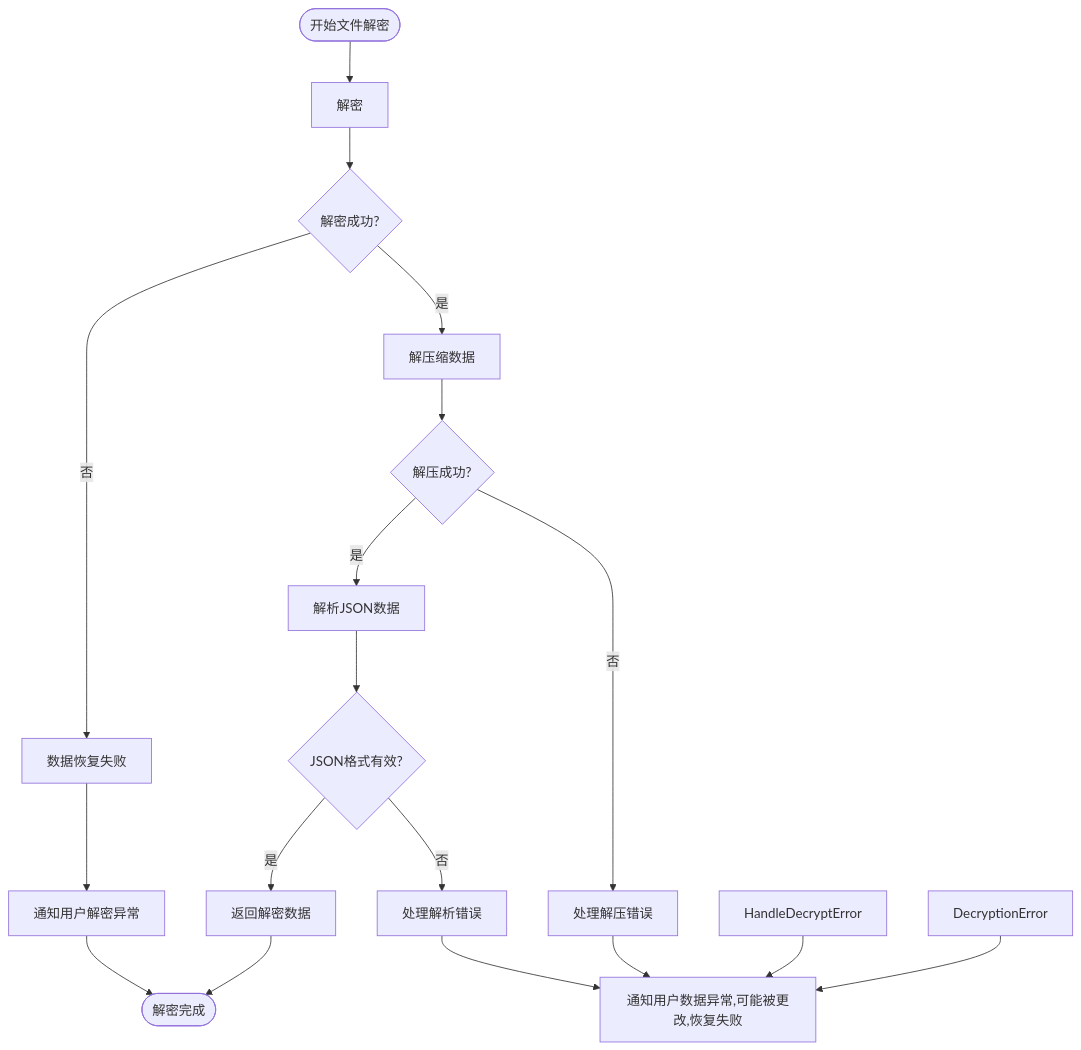
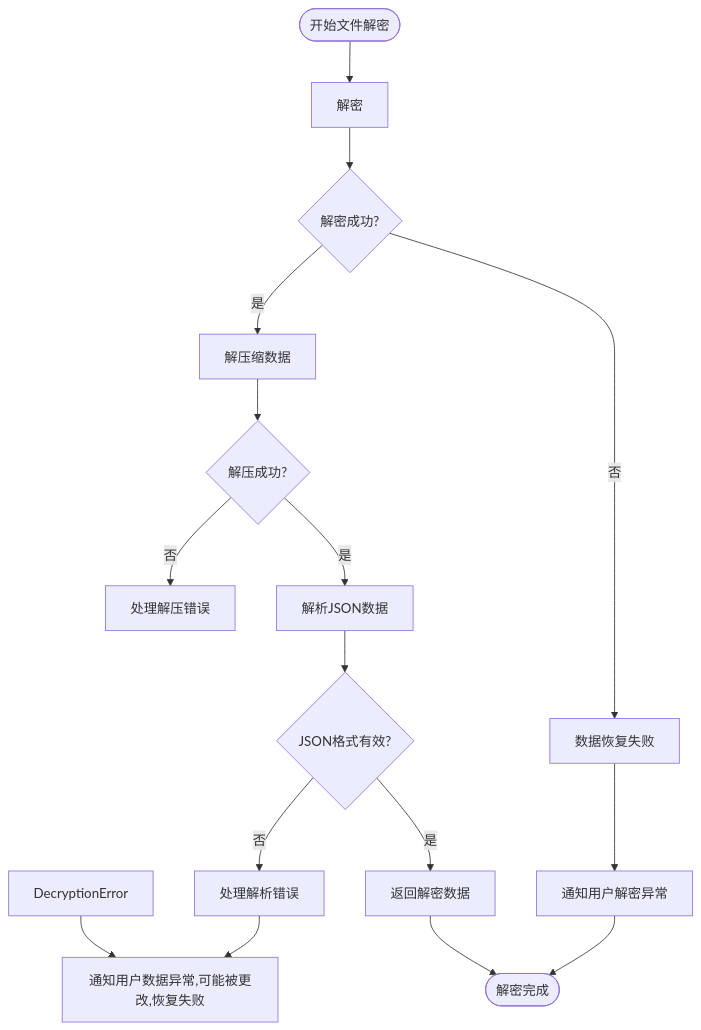
Before and after one commit to yingjianzh/iodraw-files: the diagram in all/未命名-53.md, drawn with Mermaid.

Commit message:
2025-05-09 18:12:38 update

````diff
--- a/all/未命名-53.md
+++ b/all/未命名-53.md
@@ -1,26 +1,24 @@
 ```mermaid
 flowchart TD
     Start([开始文件解密]) --> ReadFile[解密]
     ReadFile --> DecryptionSuccess{解密成功?}
     
     DecryptionSuccess -->|否| A[数据恢复失败]
     DecryptionSuccess -->|是| DecompressData[解压缩数据]
     
     DecompressData --> DecompressionSuccess{解压成功?}
     DecompressionSuccess -->|否| HandleDecompressError[处理解压错误]
     DecompressionSuccess -->|是| ParseJSON[解析JSON数据]
     
     ParseJSON --> JSONValid{JSON格式有效?}
     JSONValid -->|否| HandleParseError[处理解析错误]
     JSONValid -->|是| ReturnDecryptedData[返回解密数据]
     
     ReturnDecryptedData --> End([解密完成])
     
     DecryptionError --> LogError[通知用户数据异常,可能被更改,恢复失败]
-    HandleDecryptError --> LogError
-    HandleDecompressError --> LogError
     HandleParseError --> LogError
     
     A --> ThrowException[通知用户解密异常]
     ThrowException --> End
 ```
````
